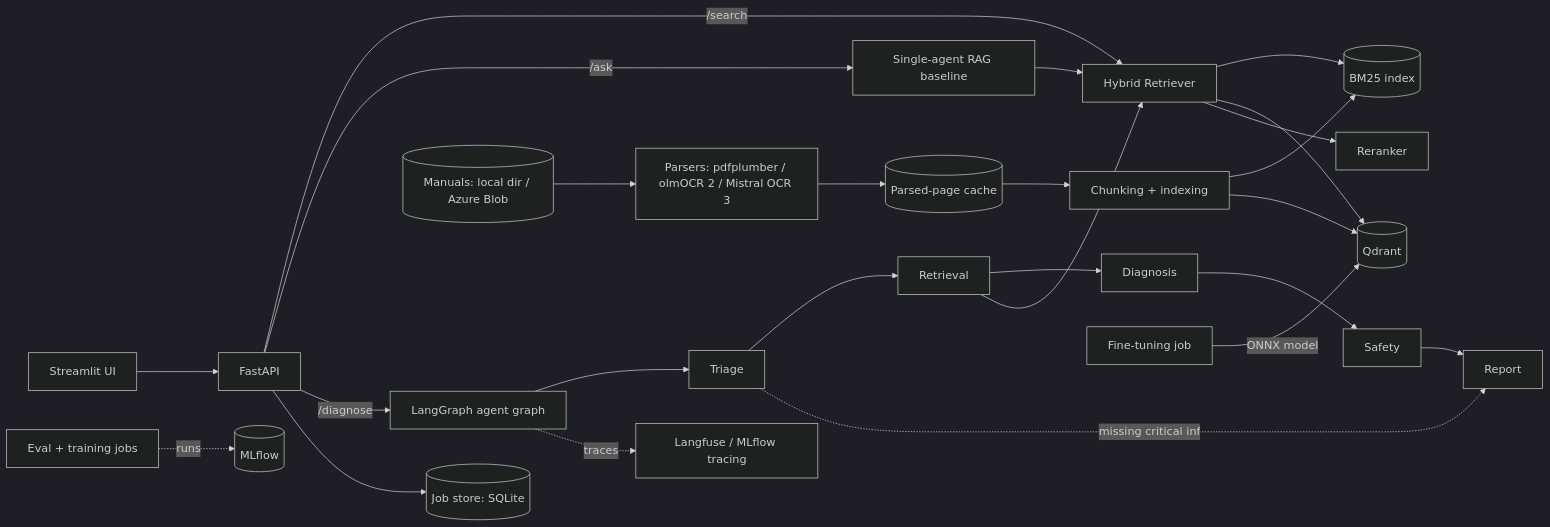
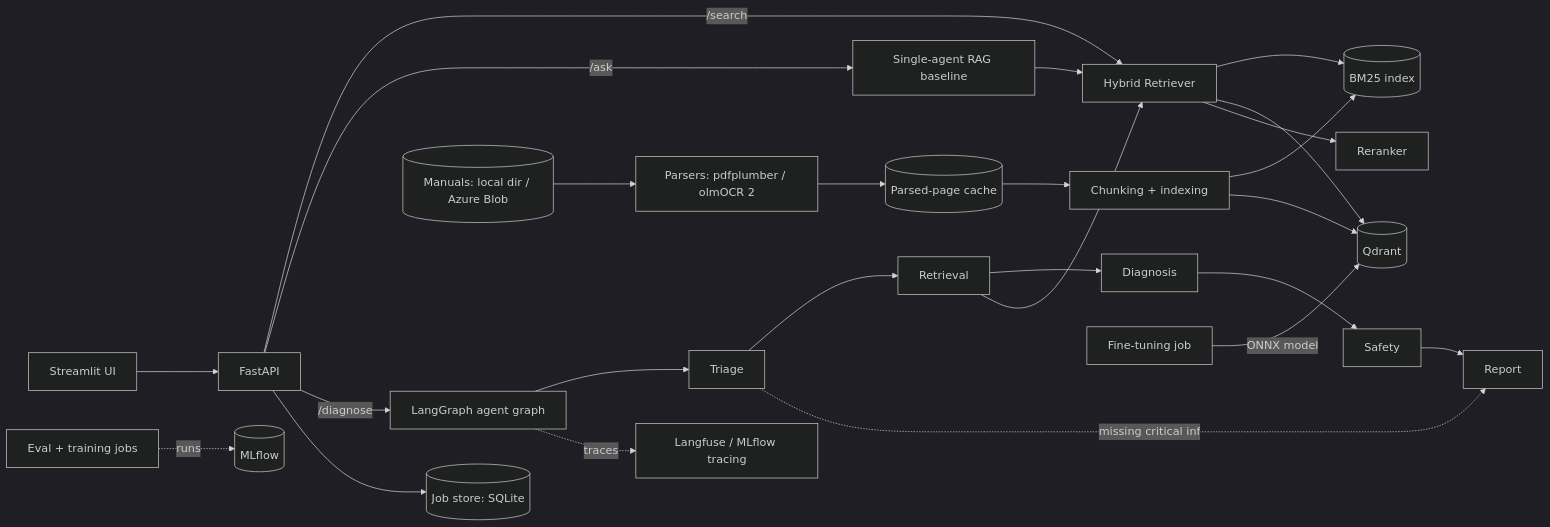
Before and after one commit to Riz695/rig-assist: the diagram in PLAN.md, drawn with Mermaid (dark theme). The commit also changed other lines of this file, not shown here.

Commit message:
docs: use olmOCR 2 only and record OCR provider risk

````diff
--- a/PLAN.md
+++ b/PLAN.md
@@ -159,22 +159,22 @@
 ```mermaid
 flowchart LR
     UI[Streamlit UI] --> API[FastAPI]
     API -->|/search| RET[Hybrid Retriever]
     API -->|/ask| SA[Single-agent RAG baseline]
     API -->|/diagnose| G[LangGraph agent graph]
     G --> T[Triage] --> R[Retrieval] --> D[Diagnosis] --> S[Safety] --> W[Report]
     T -.missing critical info.-> W
     R --> RET
     SA --> RET
     RET --> BM25[(BM25 index)]
     RET --> QD[(Qdrant)]
     RET --> RR[Reranker]
     G -.traces.-> TR[Langfuse / MLflow tracing]
     API --> JOBS[(Job store: SQLite)]
-    BLOB[(Manuals: local dir / Azure Blob)] --> PARSE[Parsers: pdfplumber / olmOCR 2 / Mistral OCR 3]
+    BLOB[(Manuals: local dir / Azure Blob)] --> PARSE[Parsers: pdfplumber / olmOCR 2]
     PARSE --> CACHE[(Parsed-page cache)] --> ING[Chunking + indexing]
     ING --> BM25
     ING --> QD
     TRAIN[Fine-tuning job] -->|ONNX model| QD
     EVAL[Eval + training jobs] -.runs.-> MLF[(MLflow)]
 ```
````
